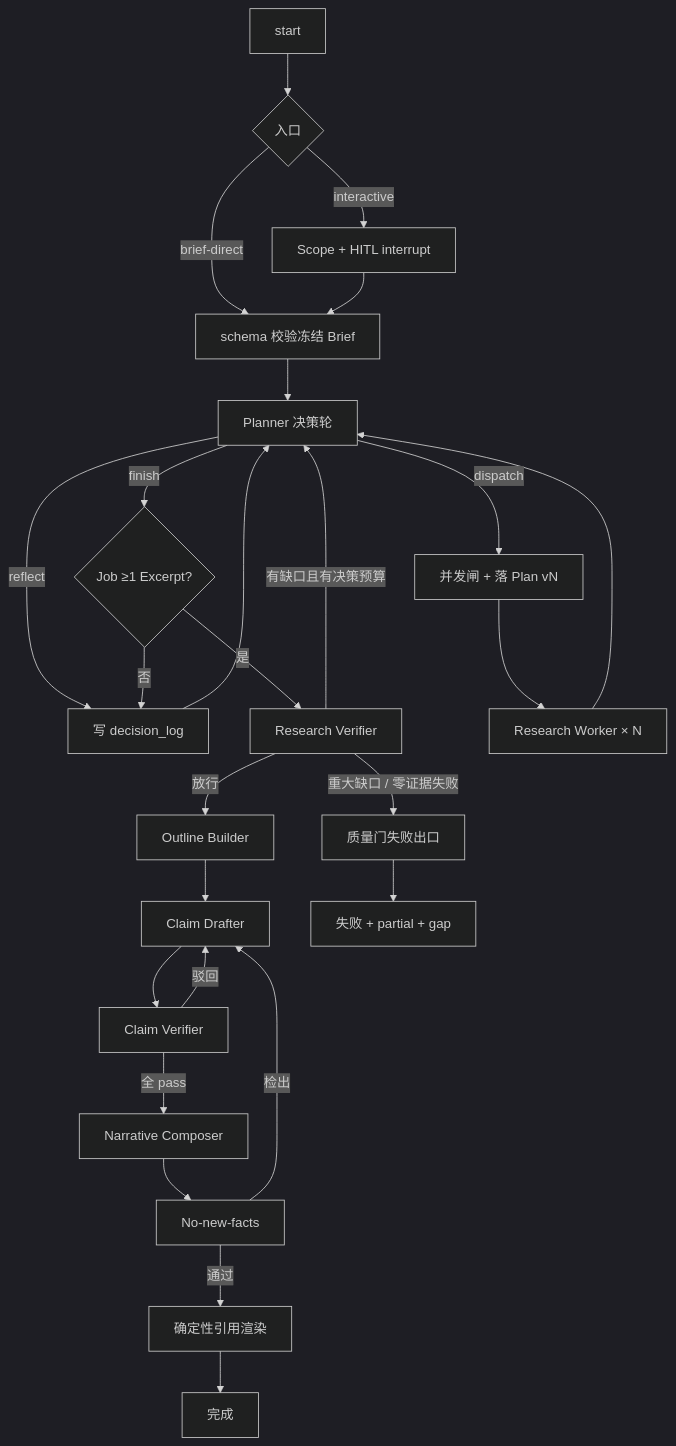
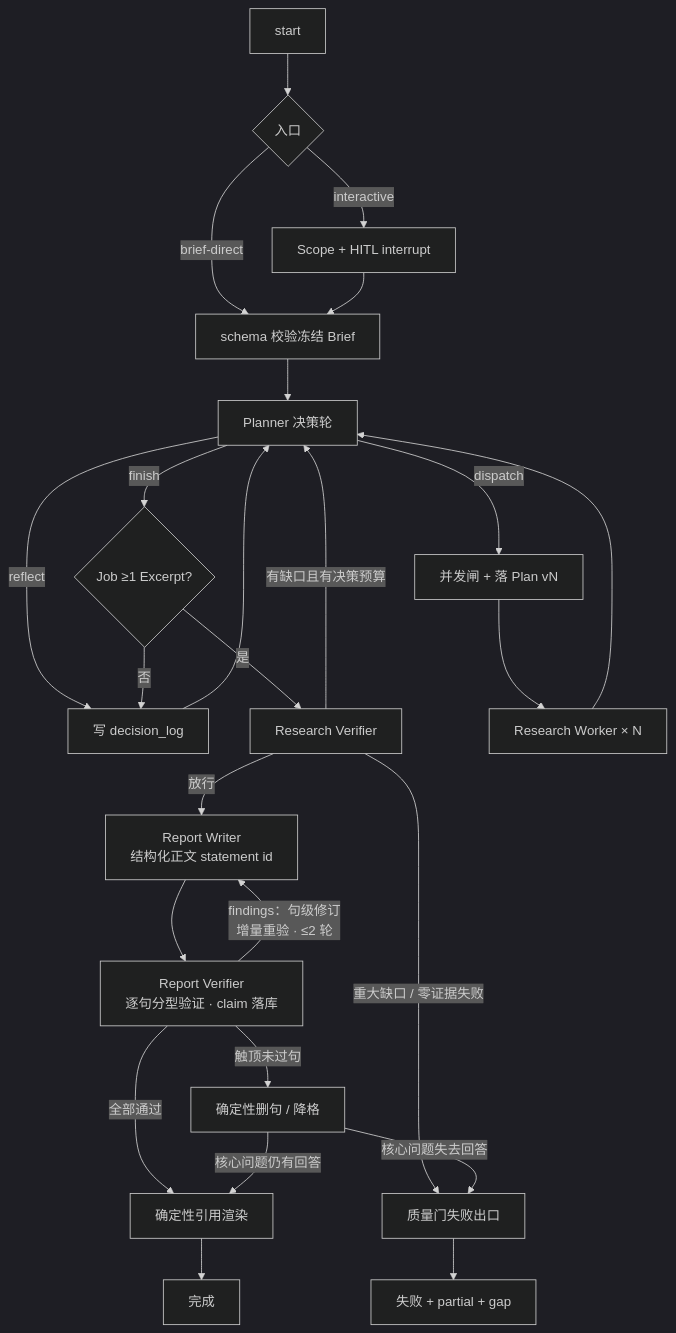
Before and after one commit to ecaps7/Prospector: the diagram in docs/implementations/m1.md, drawn with Mermaid (dark theme). The commit also changed other lines of this file and 21 other files, not shown here.

Commit message:
feat: add report writer with streaming support and kind elaboration

````diff
--- a/docs/implementations/m1.md
+++ b/docs/implementations/m1.md
@@ -307,28 +312,27 @@
 ```mermaid
 flowchart TD
   start[start] --> scope{入口}
   scope -->|interactive| scopeAgent[Scope + HITL interrupt]
   scope -->|brief-direct| freeze[schema 校验冻结 Brief]
   scopeAgent --> freeze
   freeze --> planner[Planner 决策轮]
   planner -->|dispatch| sched[并发闸 + 落 Plan vN]
   planner -->|reflect| dlog[写 decision_log]
   planner -->|finish| emptyGuard{Job ≥1 Excerpt?}
   emptyGuard -->|否| dlog
   emptyGuard -->|是| verifier[Research Verifier]
   dlog --> planner
   sched --> workers[Research Worker × N]
   workers --> planner
   verifier -->|有缺口且有决策预算| planner
-  verifier -->|放行| outline[Outline Builder]
+  verifier -->|放行| writer[Report Writer<br/>结构化正文 statement id]
   verifier -->|重大缺口 / 零证据失败| failGate[质量门失败出口]
-  outline --> draft[Claim Drafter]
-  draft --> cver[Claim Verifier]
-  cver -->|驳回| draft
-  cver -->|全 pass| compose[Narrative Composer]
-  compose --> audit[No-new-facts]
-  audit -->|检出| draft
-  audit -->|通过| render[确定性引用渲染]
+  writer --> rver[Report Verifier<br/>逐句分型验证 · claim 落库]
+  rver -->|findings：句级修订<br/>增量重验 · ≤2 轮| writer
+  rver -->|触顶未过句| prune[确定性删句 / 降格]
+  rver -->|全部通过| render[确定性引用渲染]
+  prune -->|核心问题仍有回答| render
+  prune -->|核心问题失去回答| failGate
   render --> done[完成]
   failGate --> failed[失败 + partial + gap]
 ```
````
